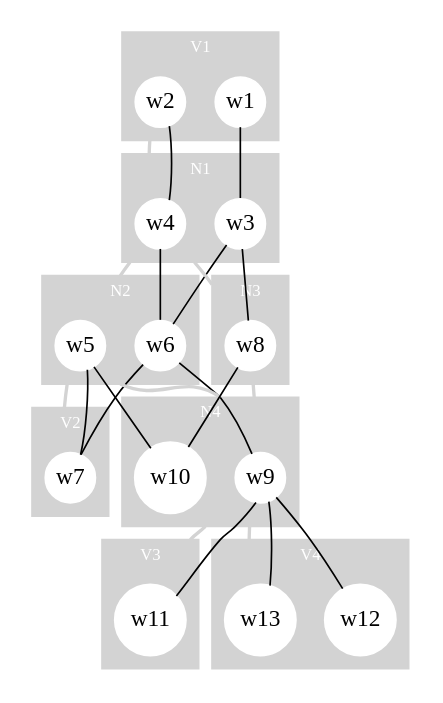
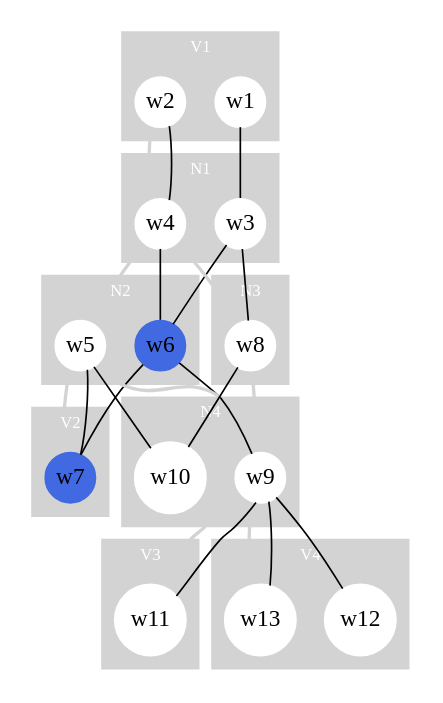
The diagram in plugins/org.sidiff.consistency.graphpattern.sandbox/examples/M003.graph.dot (repairvision/repairvision), drawn with Graphviz before and after one commit. The commit also changed 4 other files, not shown here.

```diff
--- a/plugins/org.sidiff.consistency.graphpattern.sandbox/examples/M003.graph.dot
+++ b/plugins/org.sidiff.consistency.graphpattern.sandbox/examples/M003.graph.dot
@@ -1,151 +1,149 @@
 graph M003 {
 
 	compound=true;
 
 	subgraph cluster0 {
 		node [style=filled, shape=circle, color=white, height=0.3, width=0.3, margin=0.0];
 
 		style=filled;
 		color=lightgrey;
 
 		fontcolor=white;
 		fontname=bold;
 		fontsize=10;
 
 		label="V1";
 
 		w1;
 		w2;
 	}
 
 	subgraph cluster1 {
 		node [style=filled, shape=circle, color=white, height=0.3, width=0.3, margin=0.0];
 
 		style=filled;
 		color=lightgrey;
 
 		fontcolor=white;
 		fontname=bold;
 		fontsize=10;
 
 		label="N1";
 
 		w3;
 		w4;
 	}
 
 	subgraph cluster2 {
 		node [style=filled, shape=circle, color=white, height=0.3, width=0.3, margin=0.0];
 
 		style=filled;
 		color=lightgrey;
 
 		fontcolor=white;
 		fontname=bold;
 		fontsize=10;
 
 		label="N2";
 
-		w6;
-		w5;
+		w6 [color=royalblue];		w5;
 	}
 
 	subgraph cluster3 {
 		node [style=filled, shape=circle, color=white, height=0.3, width=0.3, margin=0.0];
 
 		style=filled;
 		color=lightgrey;
 
 		fontcolor=white;
 		fontname=bold;
 		fontsize=10;
 
 		label="V2";
 
-		w7;
-	}
+		w7 [color=royalblue];	}
 
 	subgraph cluster4 {
 		node [style=filled, shape=circle, color=white, height=0.3, width=0.3, margin=0.0];
 
 		style=filled;
 		color=lightgrey;
 
 		fontcolor=white;
 		fontname=bold;
 		fontsize=10;
 
 		label="N4";
 
 		w10;
 		w9;
 	}
 
 	subgraph cluster5 {
 		node [style=filled, shape=circle, color=white, height=0.3, width=0.3, margin=0.0];
 
 		style=filled;
 		color=lightgrey;
 
 		fontcolor=white;
 		fontname=bold;
 		fontsize=10;
 
 		label="N3";
 
 		w8;
 	}
 
 	subgraph cluster6 {
 		node [style=filled, shape=circle, color=white, height=0.3, width=0.3, margin=0.0];
 
 		style=filled;
 		color=lightgrey;
 
 		fontcolor=white;
 		fontname=bold;
 		fontsize=10;
 
 		label="V3";
 
 		w11;
 	}
 
 	subgraph cluster7 {
 		node [style=filled, shape=circle, color=white, height=0.3, width=0.3, margin=0.0];
 
 		style=filled;
 		color=lightgrey;
 
 		fontcolor=white;
 		fontname=bold;
 		fontsize=10;
 
 		label="V4";
 
 		w12;
 		w13;
 	}
 
 	w2 -- w4 [ltail=cluster0, lhead=cluster1, penwidth=2, color=lightgrey];
 	w4 -- w5 [ltail=cluster1, lhead=cluster2, penwidth=2, color=lightgrey];
 	w4 -- w8 [ltail=cluster1, lhead=cluster5, penwidth=2, color=lightgrey];
 	w5 -- w7 [ltail=cluster2, lhead=cluster3, penwidth=2, color=lightgrey];
 	w5 -- w9 [ltail=cluster2, lhead=cluster4, penwidth=2, color=lightgrey];
 	w9 -- w8 [ltail=cluster4, lhead=cluster5, penwidth=2, color=lightgrey];
 	w9 -- w11 [ltail=cluster4, lhead=cluster6, penwidth=2, color=lightgrey];
 	w9 -- w13 [ltail=cluster4, lhead=cluster7, penwidth=2, color=lightgrey];
 	w1 -- w3;
 	w3 -- w6;
 	w3 -- w8;
 	w2 -- w4;
 	w4 -- w6;
 	w6 -- w7;
 	w6 -- w9;
 	w8 -- w10;
 	w5 -- w7;
 	w5 -- w10;
 	w9 -- w11;
 	w9 -- w12;
 	w9 -- w13;
 }
```
